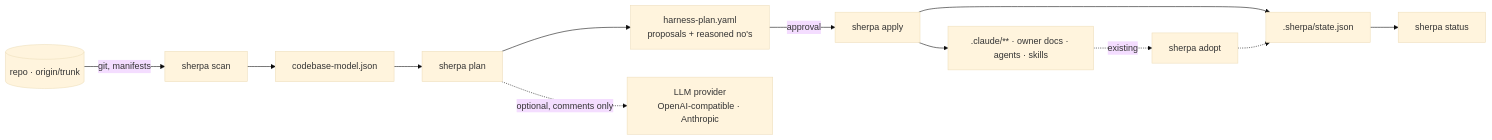
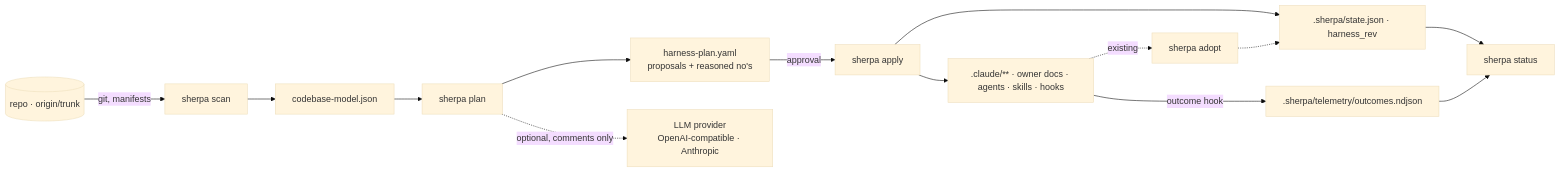
One commit to sherparc/Sherpa changed the diagram in README.md. Above: the diagram before and after it, drawn with Mermaid (base theme). The commit also changed other lines of this file and 53 other files, not shown here.

````diff
--- a/README.md
+++ b/README.md
@@ -136,13 +162,15 @@
 ```mermaid
 flowchart LR
     R[(repo · origin/trunk)] -->|git, manifests| S[sherpa scan]
     S --> M[codebase-model.json]
     M --> P[sherpa plan]
     P --> Y[harness-plan.yaml<br/>proposals + reasoned no's]
     Y -->|approval| A[sherpa apply]
-    A --> H[.claude/** · owner docs · agents · skills]
-    A --> ST[.sherpa/state.json]
+    A --> H[.claude/** · owner docs · agents · skills · hooks]
+    A --> ST[.sherpa/state.json · harness_rev]
+    H -->|outcome hook| O[.sherpa/telemetry/outcomes.ndjson]
     ST --> Q[sherpa status]
+    O --> Q
     H -.->|existing| AD[sherpa adopt] -.-> ST
     P -. optional, comments only .-> L[LLM provider<br/>OpenAI-compatible · Anthropic]
 ```
````
